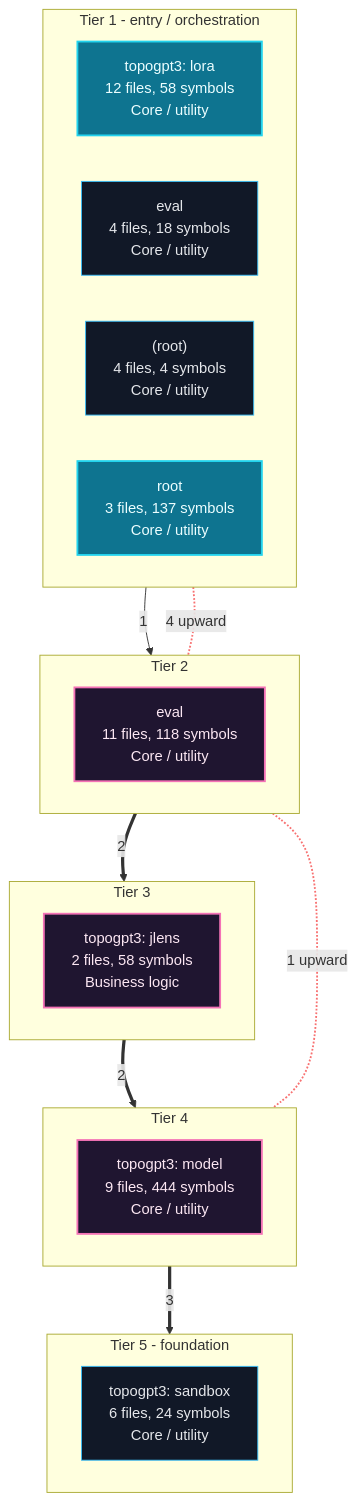
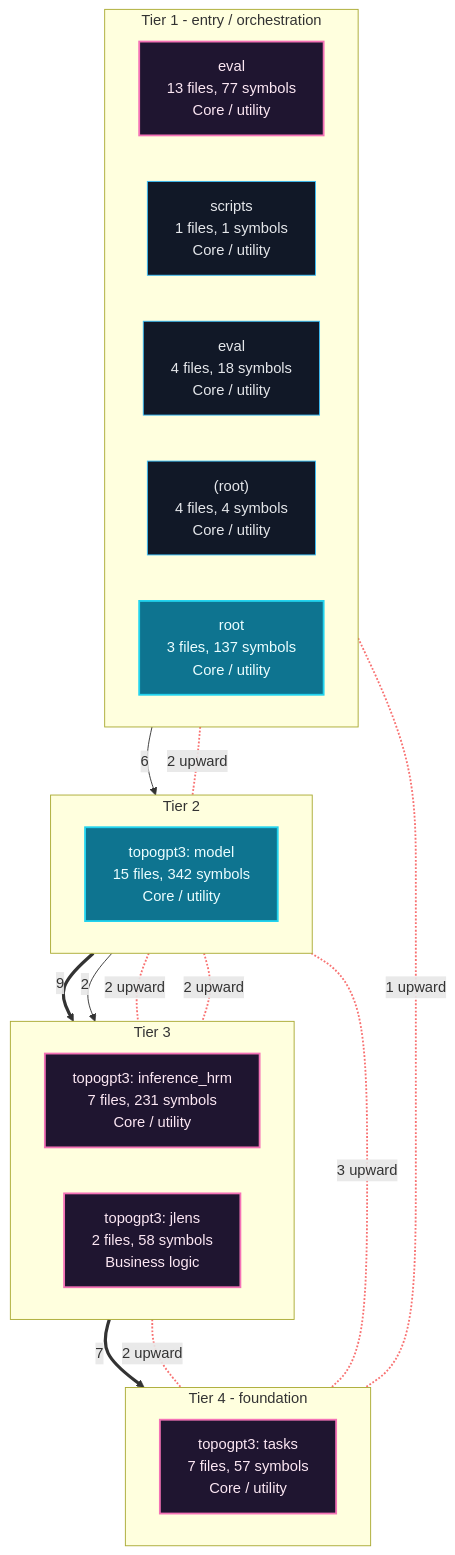
The first of 7 diagrams in readmenator-apidocs/architecture.md (grisuno/TopoGPT3), drawn with Mermaid before and after one commit. The commit also changed other lines of this file and 185 other files, not shown here.

````diff
--- a/readmenator-apidocs/architecture.md
+++ b/readmenator-apidocs/architecture.md
@@ -11,40 +11,41 @@
 ```mermaid
 flowchart TB
     classDef cycle fill:#1f1530,stroke:#f472b6,color:#fce7f3,stroke-width:2px;
     classDef default fill:#111827,stroke:#38bdf8,color:#e5e7eb;
     classDef entry fill:#0e7490,stroke:#22d3ee,color:#ecfeff,stroke-width:2px;
     subgraph lane_0["Tier 1 - entry / orchestration"]
         direction LR
-        n_c0["topogpt3: lora<br/>12 files, 58 symbols<br/>Core / utility"]:::entry
+        n_c1["eval<br/>13 files, 77 symbols<br/>Core / utility"]:::cycle
+        n_d_scripts["scripts<br/>1 files, 1 symbols<br/>Core / utility"]:::default
         n_d_eval["eval<br/>4 files, 18 symbols<br/>Core / utility"]:::default
         n_d__root_["(root)<br/>4 files, 4 symbols<br/>Core / utility"]:::default
         n_c5["root<br/>3 files, 137 symbols<br/>Core / utility"]:::entry
     end
     subgraph lane_1["Tier 2"]
         direction LR
-        n_c1["eval<br/>11 files, 118 symbols<br/>Core / utility"]:::cycle
+        n_c0["topogpt3: model<br/>15 files, 342 symbols<br/>Core / utility"]:::entry
     end
     subgraph lane_2["Tier 3"]
         direction LR
+        n_c3["topogpt3: inference_hrm<br/>7 files, 231 symbols<br/>Core / utility"]:::cycle
         n_c4["topogpt3: jlens<br/>2 files, 58 symbols<br/>Business logic"]:::cycle
     end
-    subgraph lane_3["Tier 4"]
+    subgraph lane_3["Tier 4 - foundation"]
         direction LR
-        n_c2["topogpt3: model<br/>9 files, 444 symbols<br/>Core / utility"]:::cycle
+        n_c2["topogpt3: tasks<br/>7 files, 57 symbols<br/>Core / utility"]:::cycle
     end
-    subgraph lane_4["Tier 5 - foundation"]
-        direction LR
-        n_c3["topogpt3: sandbox<br/>6 files, 24 symbols<br/>Core / utility"]:::default
-    end
-    n_c0 -->|"1"| n_c1
-    n_c1 ==>|"2"| n_c4
-    n_c2 ==>|"3"| n_c3
-    n_c4 ==>|"2"| n_c2
-    n_c0 <-.-|"4 upward"| n_c1
+    n_c0 ==>|"9"| n_c3
+    n_c0 -->|"2"| n_c4
+    n_c1 -->|"6"| n_c0
+    n_c3 ==>|"7"| n_c2
+    n_c1 <-.-|"2 upward"| n_c0
+    n_c0 <-.-|"3 upward"| n_c2
     n_c1 <-.-|"1 upward"| n_c2
-    linkStyle 4,5 stroke:#f87171,stroke-width:2px;
-    n_c0 ~~~ n_c1
-    n_c1 ~~~ n_c4
-    n_c4 ~~~ n_c2
-    n_c2 ~~~ n_c3
+    n_c3 <-.-|"2 upward"| n_c2
+    n_c0 <-.-|"2 upward"| n_c3
+    n_c0 <-.-|"2 upward"| n_c4
+    linkStyle 4,5,6,7,8,9 stroke:#f87171,stroke-width:2px;
+    n_c1 ~~~ n_c0
+    n_c0 ~~~ n_c3
+    n_c3 ~~~ n_c2
 ```
````
